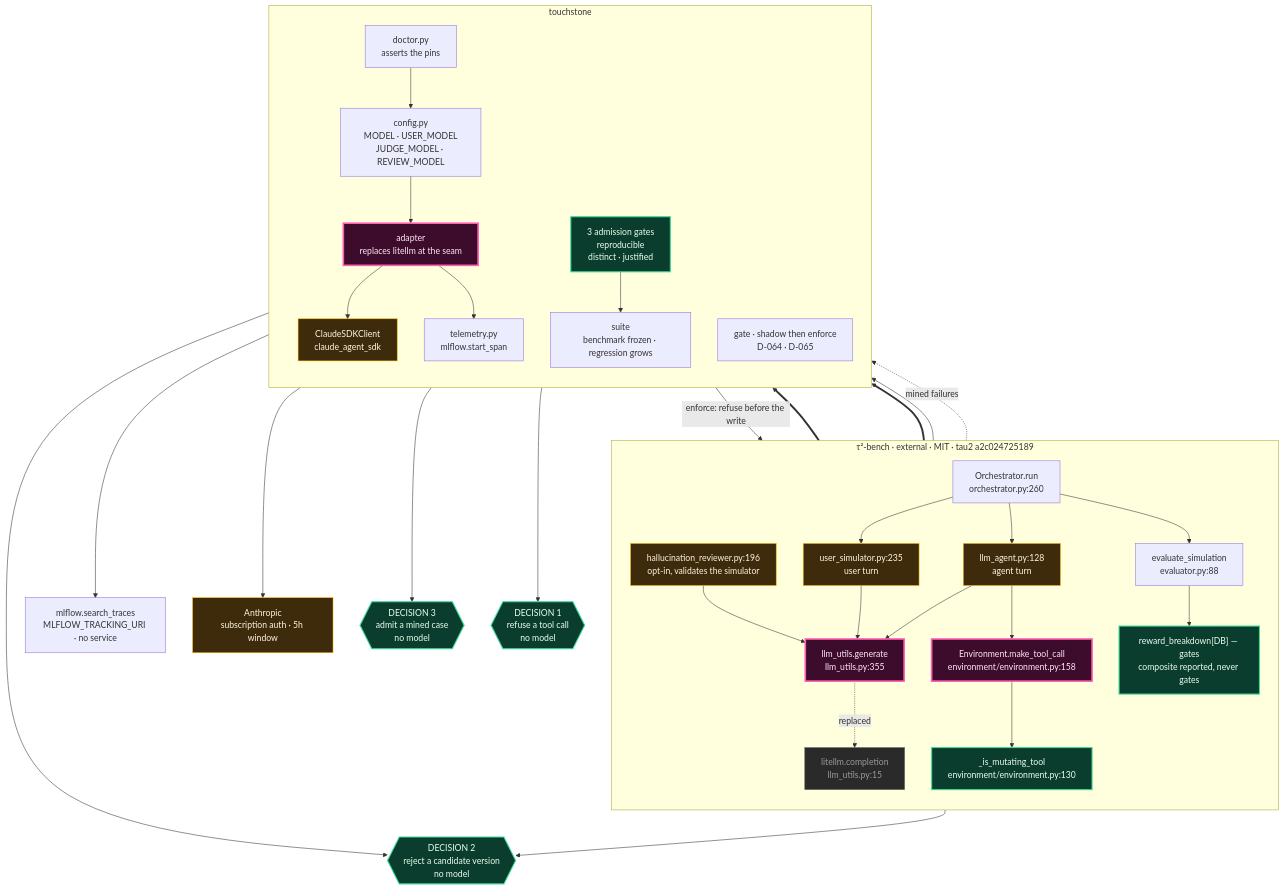
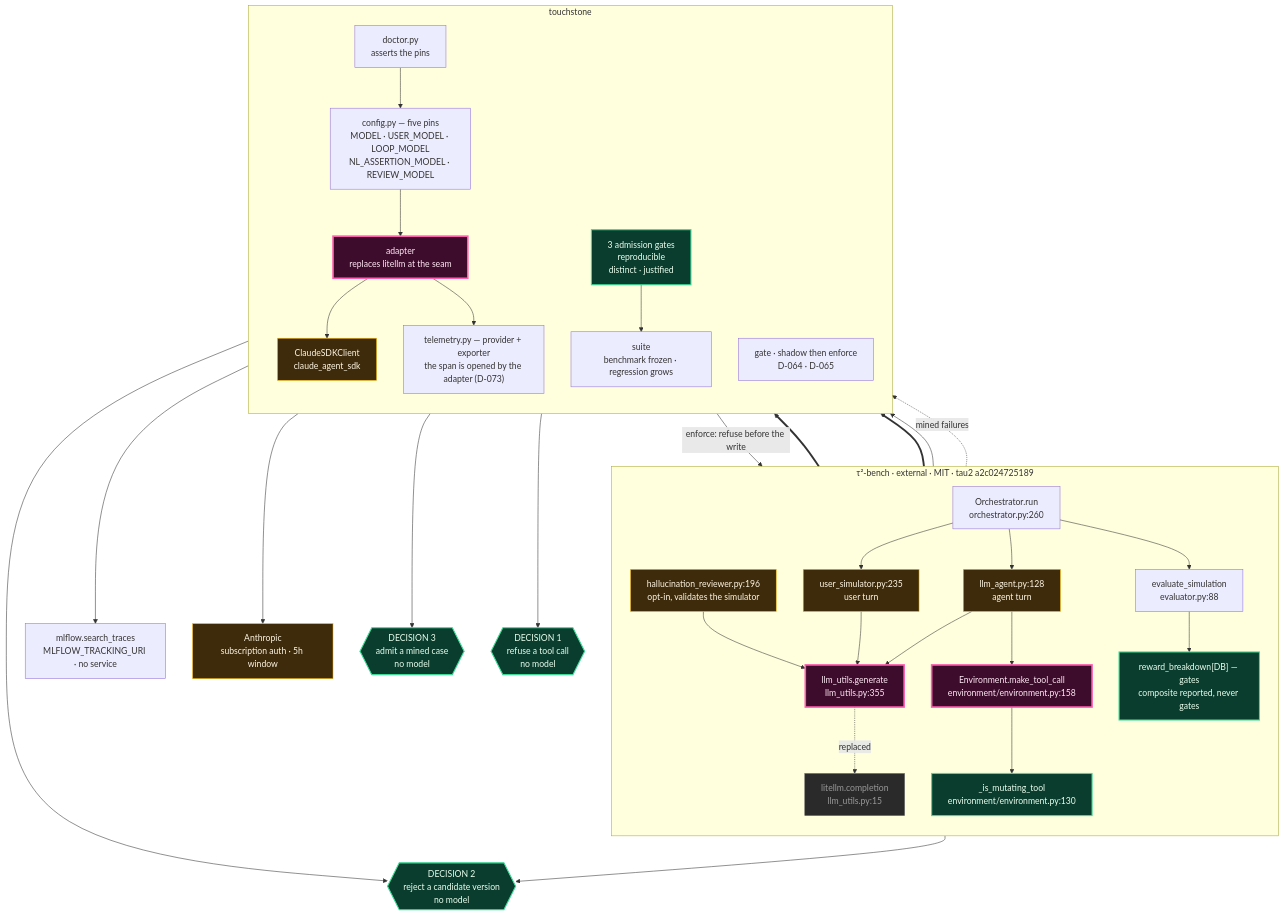
The diagram in diagrams/phase1.mmd (sandeepyadav1478/touchstone), drawn with Mermaid before and after one commit.

Commit message:
Sweep phase1.mmd: five pins, and the adapter opens the span
Two facts on this diagram were stale and neither sweep reached it.

CFG listed four model pins and named JUDGE_MODEL, which D-082 renamed to
LOOP_MODEL when the rubric moved to the router; NL_ASSERTION_MODEL was
absent entirely. There are five pins and doctor asserts five.

TEL said `mlflow.start_span`, which reads as an instrumentor emitting the
model span. D-073 is the opposite finding: no instrumentor can see that
path, so telemetry.py wires the provider and exporter and adapter.py opens
the span by hand. The edge ADP --> TEL was already drawn that way; only the
label disagreed.

```diff
--- a/diagrams/phase1.mmd
+++ b/diagrams/phase1.mmd
@@ -1,76 +1,76 @@
 %% touchstone phase 1 — the adapter, the enforcement point, and the three decisions
 %% Every node names a real symbol: touchstone, or tau2-bench — tau2 at commit a2c024725189 (MIT). D-068.
 flowchart TB
 
   subgraph TAU2["τ²-bench · external · MIT · tau2 a2c024725189"]
     direction TB
     RUN["Orchestrator.run<br/>orchestrator.py:260"]
     AGENT["llm_agent.py:128<br/>agent turn"]
     USER["user_simulator.py:235<br/>user turn"]
     REVIEW["hallucination_reviewer.py:196<br/>opt-in, validates the simulator"]
     GEN["llm_utils.generate<br/>llm_utils.py:355"]
     LITE["litellm.completion<br/>llm_utils.py:15"]
     ENVC["Environment.make_tool_call<br/>environment/environment.py:158"]
     MUT["_is_mutating_tool<br/>environment/environment.py:130"]
     EVAL["evaluate_simulation<br/>evaluator.py:88"]
     REW["reward_breakdown[DB] — gates<br/>composite reported, never gates"]
   end
 
   subgraph TS["touchstone"]
     direction TB
     ADP["adapter<br/>replaces litellm at the seam"]
     SDK["ClaudeSDKClient<br/>claude_agent_sdk"]
-    CFG["config.py<br/>MODEL · USER_MODEL<br/>JUDGE_MODEL · REVIEW_MODEL"]
+    CFG["config.py — five pins<br/>MODEL · USER_MODEL · LOOP_MODEL<br/>NL_ASSERTION_MODEL · REVIEW_MODEL"]
     GATE["gate · shadow then enforce<br/>D-064 · D-065"]
-    TEL["telemetry.py<br/>mlflow.start_span"]
+    TEL["telemetry.py — provider + exporter<br/>the span is opened by the adapter (D-073)"]
     SUITE["suite<br/>benchmark frozen · regression grows"]
     ADMIT["3 admission gates<br/>reproducible<br/>distinct · justified"]
     DOC["doctor.py<br/>asserts the pins"]
   end
 
   MLF["mlflow.search_traces<br/>MLFLOW_TRACKING_URI · no service"]
   ANTH["Anthropic<br/>subscription auth · 5h window"]
 
   RUN --> AGENT
   RUN --> USER
   AGENT --> GEN
   USER --> GEN
   REVIEW --> GEN
 
   GEN -. "replaced" .-> LITE
   GEN ==> ADP
   ADP --> SDK --> ANTH
   CFG --> ADP
   DOC --> CFG
 
   AGENT --> ENVC
   ENVC --> MUT
   ENVC ==> GATE
   GATE -- "enforce: refuse before the write" --> ENVC
 
   RUN --> EVAL --> REW
 
   ADP --> TEL
   ENVC --> TEL
   TEL --> MLF
 
   REW --> D2
   ADMIT --> D3
   GATE --> D1
   EVAL -. "mined failures" .-> ADMIT
   ADMIT --> SUITE
   SUITE --> D2
 
   D1{{"DECISION 1<br/>refuse a tool call<br/>no model"}}
   D2{{"DECISION 2<br/>reject a candidate version<br/>no model"}}
   D3{{"DECISION 3<br/>admit a mined case<br/>no model"}}
 
   classDef nomodel fill:#0b3d2e,stroke:#3ddc97,color:#eaffef,stroke-width:2px
   classDef model fill:#3d2b0b,stroke:#ffb703,color:#fff6e5
   classDef seam fill:#3d0b2b,stroke:#ff5db1,color:#ffe9f5,stroke-width:3px
   classDef dead fill:#2a2a2a,stroke:#666,color:#999
 
   class D1,D2,D3,REW,ADMIT,MUT nomodel
   class AGENT,USER,REVIEW,SDK,ANTH model
   class GEN,ADP,ENVC seam
   class LITE dead
```
